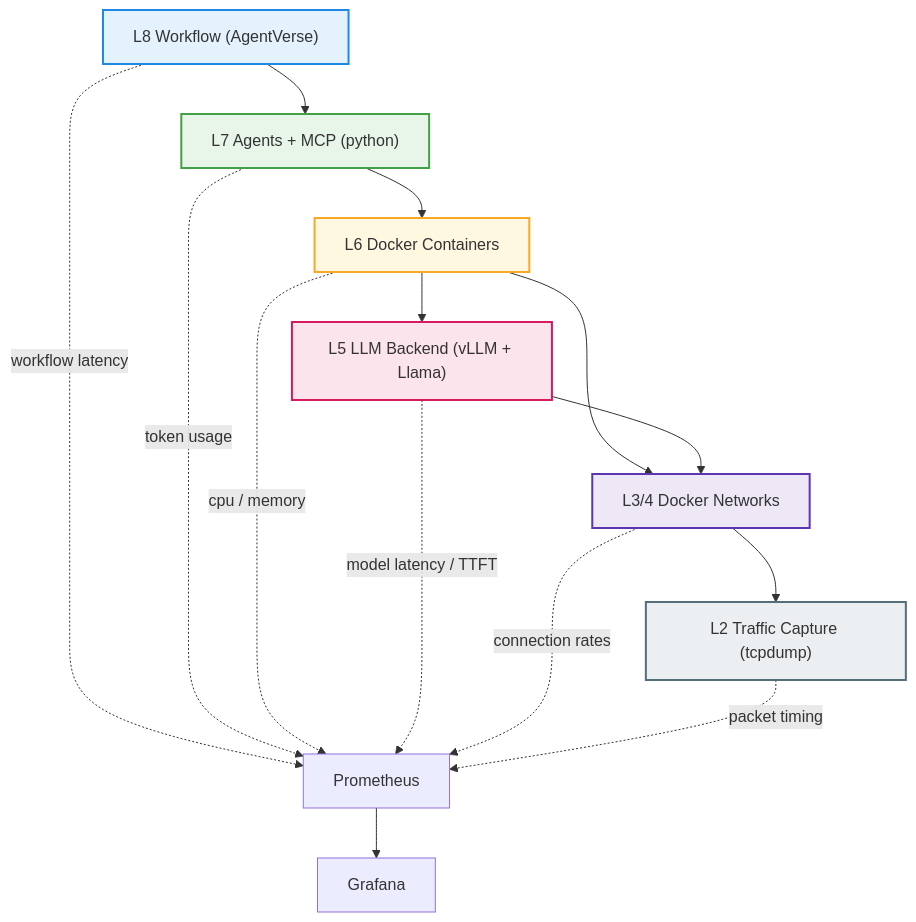
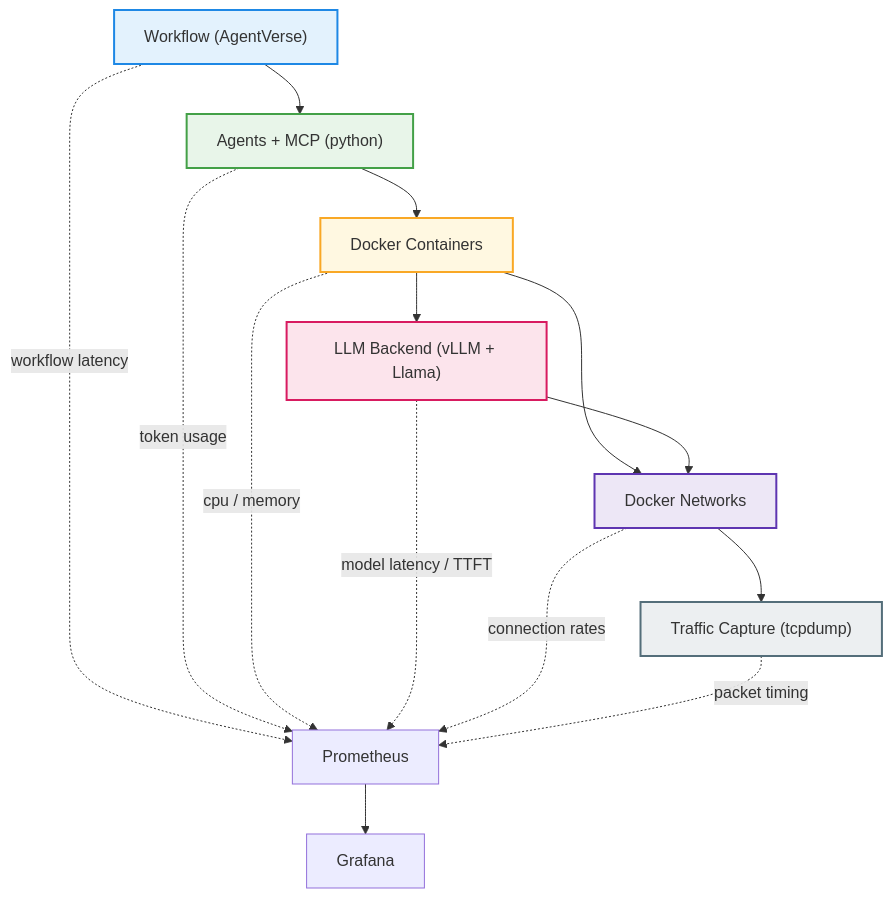
Before and after one commit to dlamagna/agentic-traffic-testing: the first of 4 diagrams in docs/architecture_diagrams/layers.md, drawn with Mermaid. The commit also changed other lines of this file and 6 other files, not shown here.

````diff
--- a/docs/architecture_diagrams/layers.md
+++ b/docs/architecture_diagrams/layers.md
@@ -3,44 +3,44 @@
 ```mermaid
 flowchart TB
 
-%% LAYERS
-L8["L8 Workflow (AgentVerse)"]
-L7["L7 Agents + MCP (python)"]
-L6["L6 Docker Containers"]
-L5["L5 LLM Backend (vLLM + Llama)"]
-L34["L3/4 Docker Networks"]
-L2["L2 Traffic Capture (tcpdump)"]
+%% STACK
+WORKFLOW["Workflow (AgentVerse)"]
+AGENTS["Agents + MCP (python)"]
+CONTAINERS["Docker Containers"]
+LLM_BACKEND["LLM Backend (vLLM + Llama)"]
+NETWORK["Docker Networks"]
+CAPTURE["Traffic Capture (tcpdump)"]
 
 %% MAIN STACK
-L8 --> L7
-L7 --> L6
-L6 --> L5
-L34 --> L2
+WORKFLOW --> AGENTS
+AGENTS --> CONTAINERS
+CONTAINERS --> LLM_BACKEND
+NETWORK --> CAPTURE
 
 %% NETWORK PATHS
-L6 --> L34
-L5 --> L34
+CONTAINERS --> NETWORK
+LLM_BACKEND --> NETWORK
 
 %% MONITORING
 PROM["Prometheus"]
 GRAF["Grafana"]
 
 PROM --> GRAF
 
 %% METRICS
-L8 -. workflow latency .-> PROM
-L7 -. token usage .-> PROM
-L6 -. cpu / memory .-> PROM
-L5 -. model latency / TTFT .-> PROM
-L34 -. connection rates .-> PROM
-L2 -. packet timing .-> PROM
+WORKFLOW -. workflow latency .-> PROM
+AGENTS -. token usage .-> PROM
+CONTAINERS -. cpu / memory .-> PROM
+LLM_BACKEND -. model latency / TTFT .-> PROM
+NETWORK -. connection rates .-> PROM
+CAPTURE -. packet timing .-> PROM
 
 %% STYLING
-style L8 fill:#e3f2fd,stroke:#1e88e5,stroke-width:2px
-style L7 fill:#e8f5e9,stroke:#43a047,stroke-width:2px
-style L6 fill:#fff8e1,stroke:#f9a825,stroke-width:2px
-style L5 fill:#fce4ec,stroke:#d81b60,stroke-width:2px
-style L34 fill:#ede7f6,stroke:#5e35b1,stroke-width:2px
-style L2 fill:#eceff1,stroke:#546e7a,stroke-width:2px
+style WORKFLOW fill:#e3f2fd,stroke:#1e88e5,stroke-width:2px
+style AGENTS fill:#e8f5e9,stroke:#43a047,stroke-width:2px
+style CONTAINERS fill:#fff8e1,stroke:#f9a825,stroke-width:2px
+style LLM_BACKEND fill:#fce4ec,stroke:#d81b60,stroke-width:2px
+style NETWORK fill:#ede7f6,stroke:#5e35b1,stroke-width:2px
+style CAPTURE fill:#eceff1,stroke:#546e7a,stroke-width:2px
 
 ```
````
